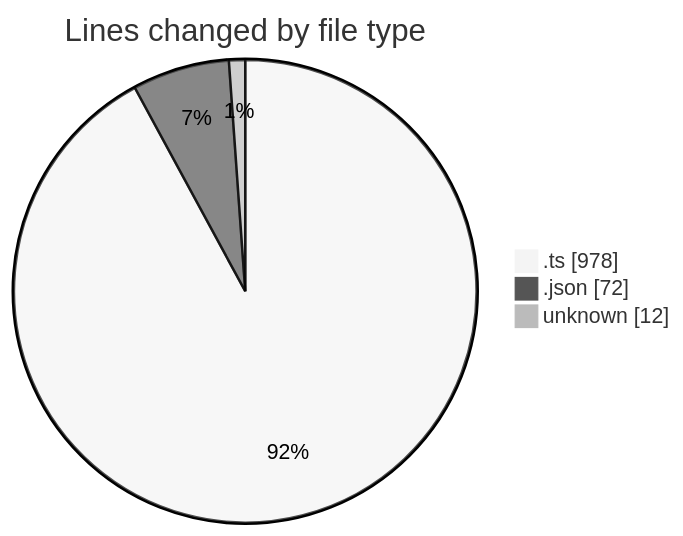
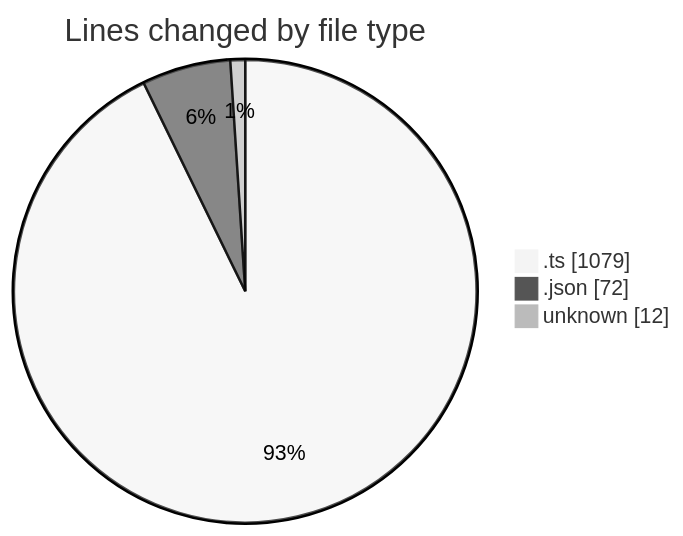
Before and after one commit to lephambinh05/code-tracking: the first of 2 diagrams in 2025-09-10/hiai-phf/README.md, drawn with Mermaid (neutral theme). The commit also changed other lines of this file and 1 other file, not shown here.

````diff
--- a/2025-09-10/hiai-phf/README.md
+++ b/2025-09-10/hiai-phf/README.md
@@ -25,7 +25,7 @@
 ```mermaid
 pie showData
 title Lines changed by file type
-".ts" : 978
+".ts" : 1079
 ".json" : 72
 "unknown" : 12
 ```
````
